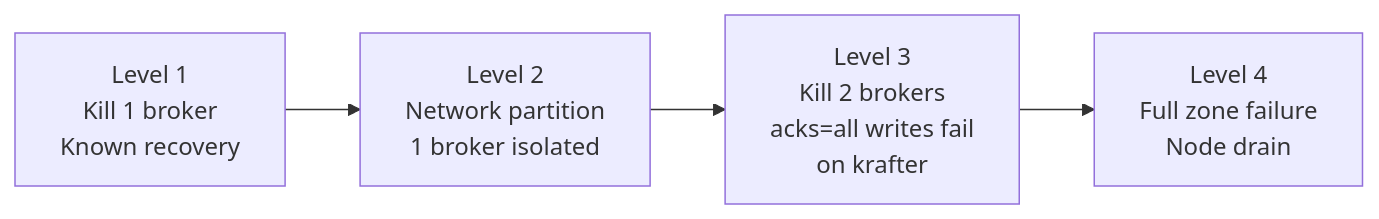
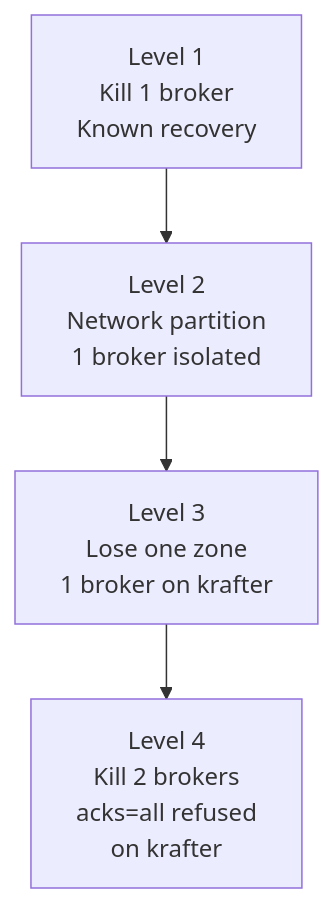
Before and after one commit to bmscomp/kates: the first of 5 diagrams in docs/book/06-chaos-theory.md, drawn with Mermaid. The commit also changed other lines of this file and 52 other files, not shown here.

````diff
--- a/docs/book/06-chaos-theory.md
+++ b/docs/book/06-chaos-theory.md
@@ -133,7 +121,9 @@
 ```mermaid
 %%| label: fig-chaos-escalation
-%%| fig-cap: "Escalate one rung at a time: from one broker with a known recovery, to two brokers, to a whole zone."
-%%| fig-alt: "Four levels left to right. Level 1: kill 1 broker, with a known recovery. Level 2: a network partition that isolates 1 broker. Level 3: kill 2 brokers, where acks=all writes fail on the krafter Kafka cluster, whose min.insync.replicas is 2. Level 4: a full zone failure, by node drain."
-graph LR
-    L1["Level 1<br/>Kill 1 broker<br/>Known recovery"] --> L2["Level 2<br/>Network partition<br/>1 broker isolated"] --> L3["Level 3<br/>Kill 2 brokers<br/>acks=all writes fail<br/>on krafter"] --> L4["Level 4<br/>Full zone failure<br/>Node drain"]
+%%| fig-cap: "On krafter, escalate one rung at a time: one broker killed, one isolated, one zone lost, and only then two brokers, which costs acks=all writes."
+%%| fig-alt: "Four levels from top to bottom. Level 1: kill 1 broker, with a known recovery. Level 2: a network partition that isolates 1 broker. Level 3: lose one zone, which on krafter holds one broker. Level 4: kill 2 brokers, where acks=all writes are refused on krafter, whose min.insync.replicas is 2."
+graph TB
+    L1["Level 1<br/>Kill 1 broker<br/>Known recovery"] --> L2["Level 2<br/>Network partition<br/>1 broker isolated"]
+    L2 --> L3["Level 3<br/>Lose one zone<br/>1 broker on krafter"]
+    L3 --> L4["Level 4<br/>Kill 2 brokers<br/>acks=all refused<br/>on krafter"]
 ```
````
